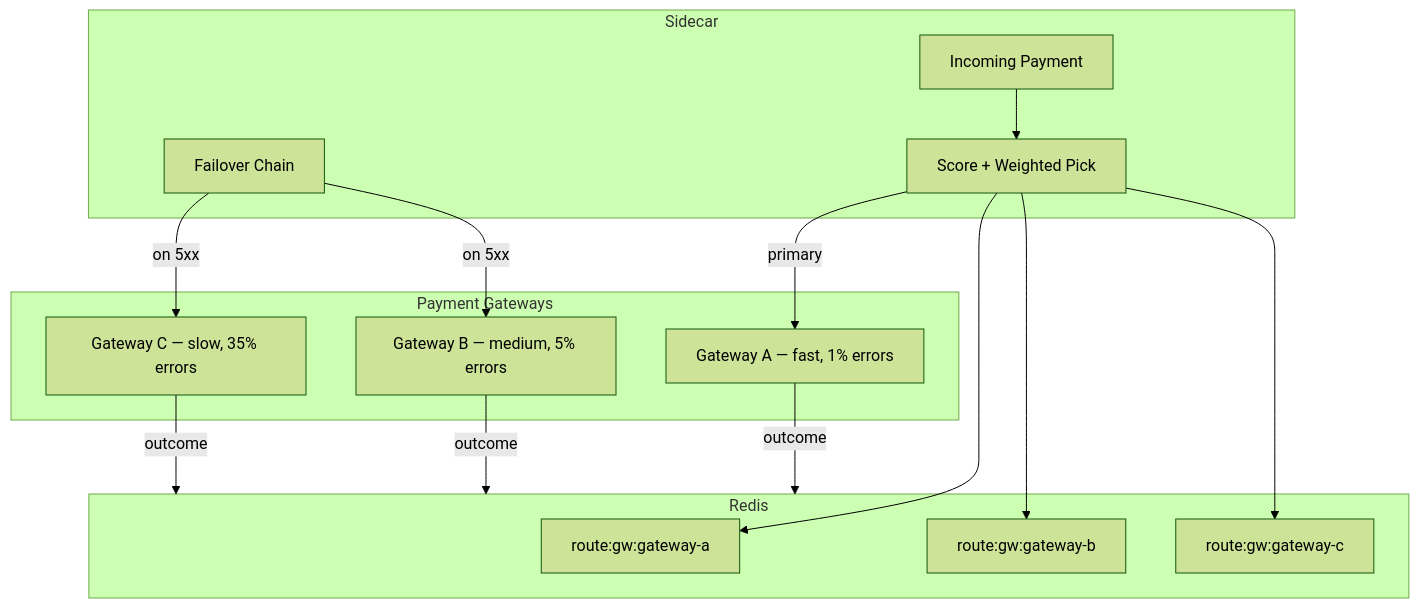
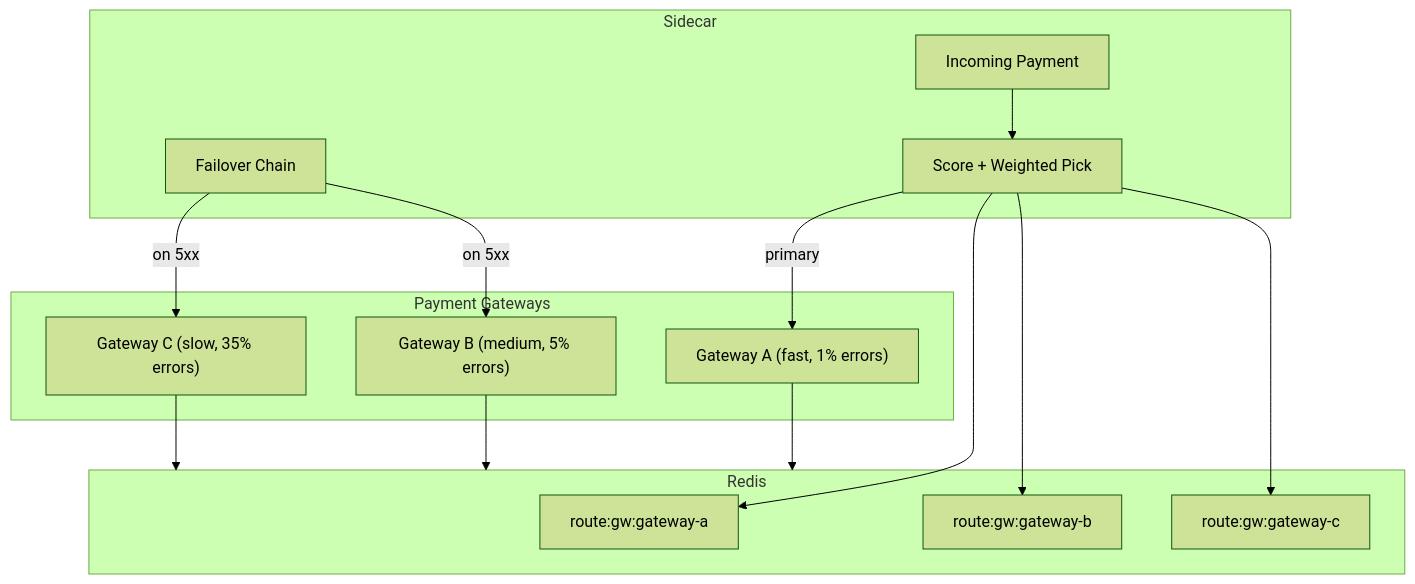
One commit to RUDRA-PRATAP-SINGH01/Distributed-rate-limiter changed diagram 16 of 21 in README.md. Above: the diagram before and after it, drawn with Mermaid (forest theme). The commit also changed other lines of this file and 1 other file, not shown here.

Commit message:
docs: fix Mermaid syntax for GitHub Markdown rendering in README and architecture docs

````diff
--- a/README.md
+++ b/README.md
@@ -948,27 +954,31 @@
 ```mermaid
 flowchart TB
-    subgraph sidecar [Sidecar]
-        RQ[Incoming Payment]
-        SEL[Score + Weighted Pick]
-        FO[Failover Chain]
+    subgraph sidecar["Sidecar"]
+        RQ["Incoming Payment"]
+        SEL["Score + Weighted Pick"]
+        FO["Failover Chain"]
     end
 
-    subgraph redis [Redis]
+    subgraph redis["Redis"]
         GA["route:gw:gateway-a"]
         GB["route:gw:gateway-b"]
         GC["route:gw:gateway-c"]
     end
 
-    subgraph gateways [Payment Gateways]
-        A[Gateway A — fast, 1% errors]
-        B[Gateway B — medium, 5% errors]
-        C[Gateway C — slow, 35% errors]
+    subgraph gateways["Payment Gateways"]
+        A["Gateway A (fast, 1% errors)"]
+        B["Gateway B (medium, 5% errors)"]
+        C["Gateway C (slow, 35% errors)"]
     end
 
     RQ --> SEL
-    SEL --> GA & GB & GC
+    SEL --> GA
+    SEL --> GB
+    SEL --> GC
     SEL -->|primary| A
     FO -->|on 5xx| B
     FO -->|on 5xx| C
-    A & B & C -->|outcome| redis
+    A --> redis
+    B --> redis
+    C --> redis
 ```
````
